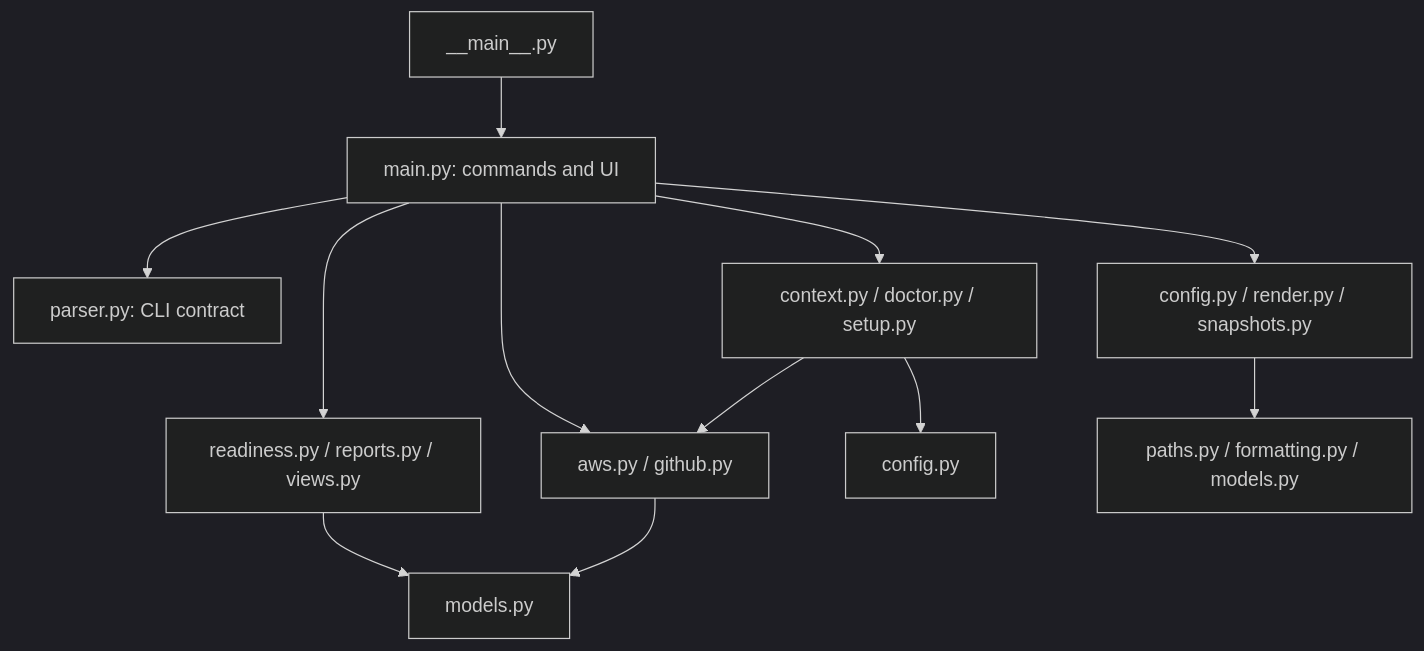
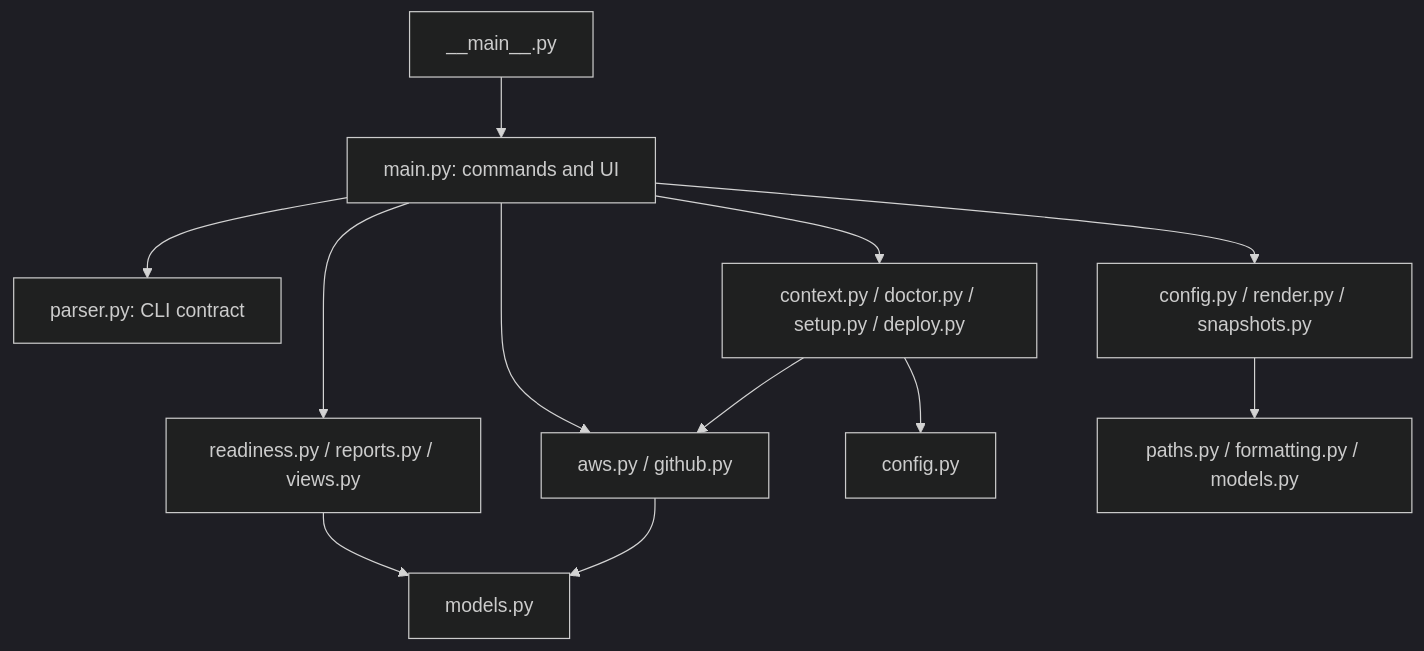
The diagram in docs/cli-architecture.md (tidyOpposite/devsecops-pipeline-kit-aws-lambda), drawn with Mermaid (dark theme) before and after one commit. The commit also changed other lines of this file and 28 other files, not shown here.

````diff
--- a/docs/cli-architecture.md
+++ b/docs/cli-architecture.md
@@ -7,14 +7,14 @@
 ```mermaid
 flowchart TD
   entry["__main__.py"] --> app["main.py: commands and UI"]
   app --> parser["parser.py: CLI contract"]
-  app --> workflows["context.py / doctor.py / setup.py"]
+  app --> workflows["context.py / doctor.py / setup.py / deploy.py"]
   app --> output["readiness.py / reports.py / views.py"]
   app --> state["config.py / render.py / snapshots.py"]
   app --> providers["aws.py / github.py"]
   workflows --> providers
   workflows --> config["config.py"]
   output --> domain["models.py"]
   state --> foundations["paths.py / formatting.py / models.py"]
   providers --> domain
 ```
````
